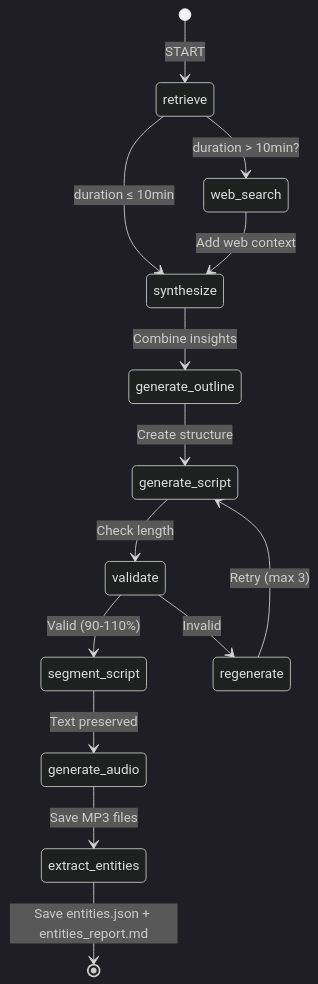
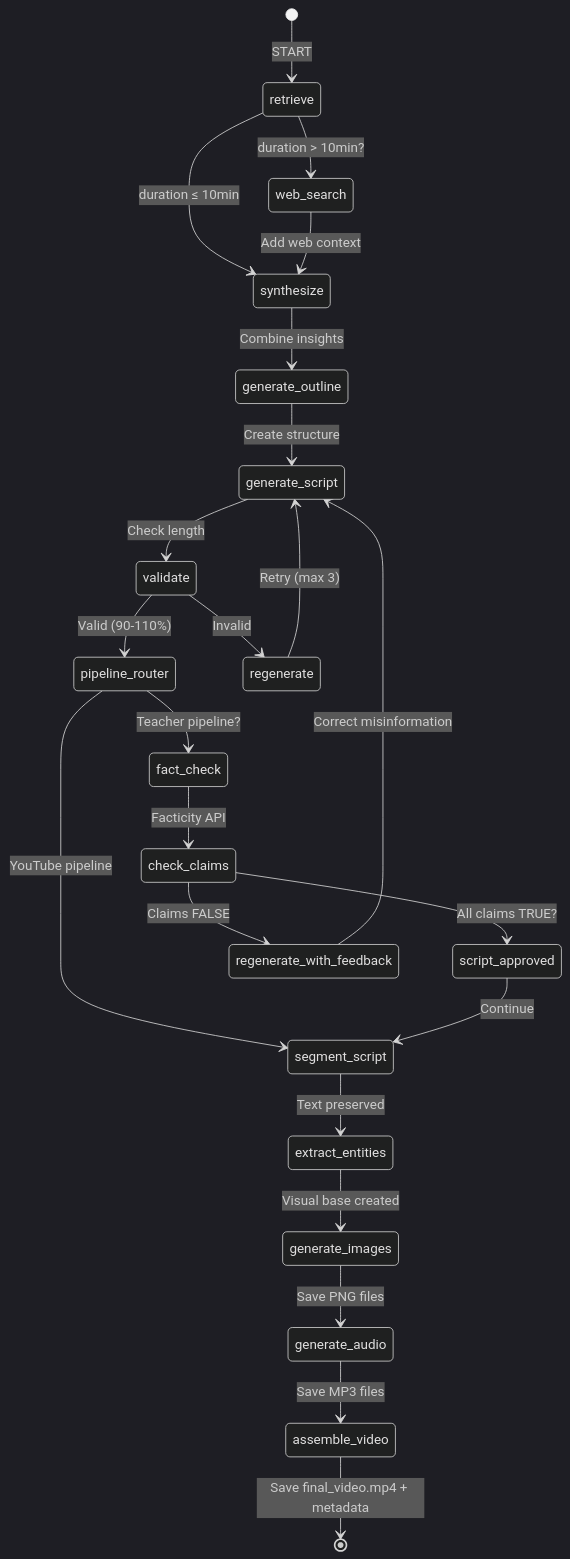
One commit to Artempsl/generate_script changed the fourth of 5 diagrams in README.md. Above: the diagram before and after it, drawn with Mermaid (dark theme). The commit also changed other lines of this file and 583 other files, not shown here.

````diff
--- a/README.md
+++ b/README.md
@@ -173,19 +326,30 @@
 ```mermaid
 stateDiagram-v2
     [*] --> retrieve: START
     retrieve --> web_search: duration > 10min?
     retrieve --> synthesize: duration ≤ 10min
     web_search --> synthesize: Add web context
     
     synthesize --> generate_outline: Combine insights
     generate_outline --> generate_script: Create structure
     generate_script --> validate: Check length
     
-    validate --> segment_script: Valid (90-110%)
+    validate --> pipeline_router: Valid (90-110%)
     validate --> regenerate: Invalid
     regenerate --> generate_script: Retry (max 3)
     
-    segment_script --> generate_audio: Text preserved
-    generate_audio --> extract_entities: Save MP3 files
-    extract_entities --> [*]: Save entities.json + entities_report.md
+    pipeline_router --> fact_check: Teacher pipeline?
+    pipeline_router --> segment_script: YouTube pipeline
+    
+    fact_check --> check_claims: Facticity API
+    check_claims --> script_approved: All claims TRUE?
+    check_claims --> regenerate_with_feedback: Claims FALSE
+    regenerate_with_feedback --> generate_script: Correct misinformation
+    
+    script_approved --> segment_script: Continue
+    segment_script --> extract_entities: Text preserved
+    extract_entities --> generate_images: Visual base created
+    generate_images --> generate_audio: Save PNG files
+    generate_audio --> assemble_video: Save MP3 files
+    assemble_video --> [*]: Save final_video.mp4 + metadata
 ```
````
